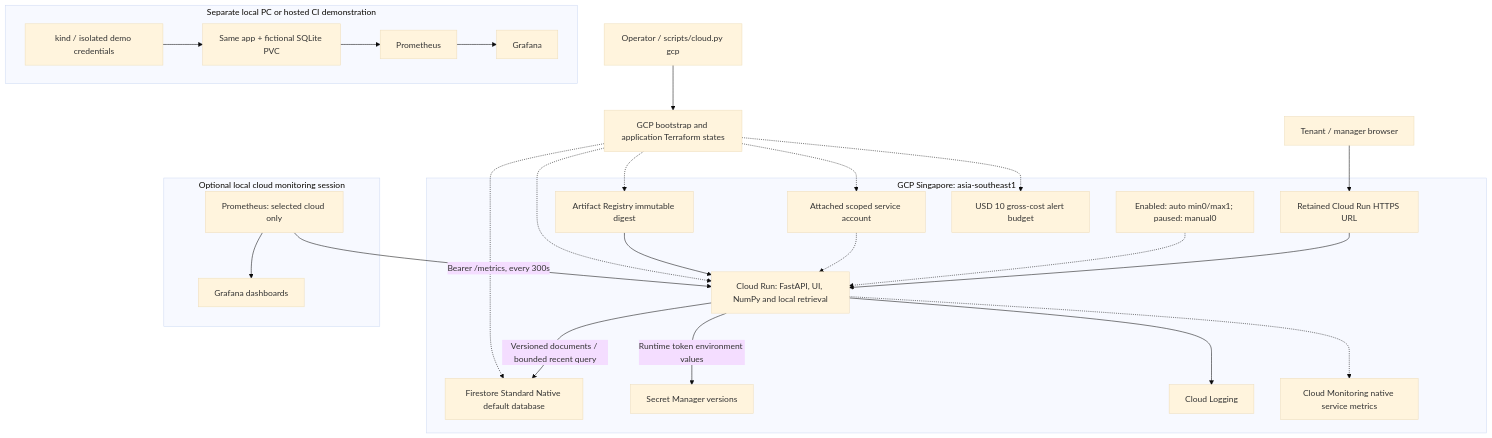
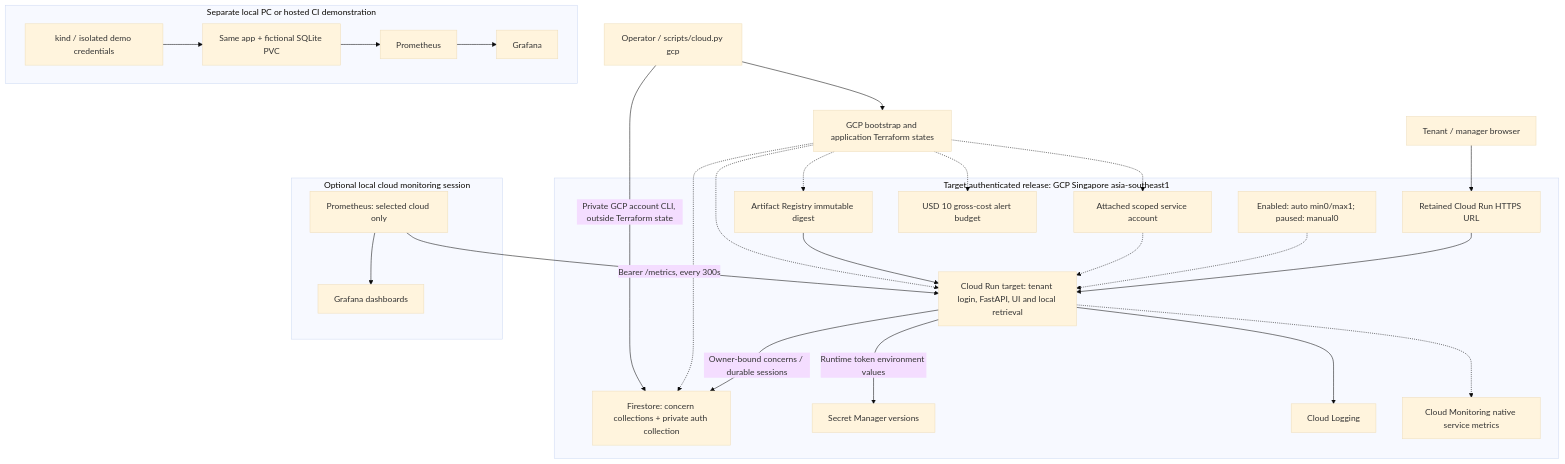
One commit to rishchaw/ticketpilot-apartments changed the diagram in docs/ARCHITECTURE_GCP.md. Above: the diagram before and after it, drawn with Mermaid (base theme). The commit also changed other lines of this file and 46 other files, not shown here.

First line of the commit message:
Require approved tenant logins and enforce private concern ownership

````diff
--- a/docs/ARCHITECTURE_GCP.md
+++ b/docs/ARCHITECTURE_GCP.md
@@ -5,29 +5,30 @@
 ```mermaid
 flowchart TB
     B["Tenant / manager browser"] --> URL["Retained Cloud Run HTTPS URL"]
-    subgraph GCP["GCP Singapore: asia-southeast1"]
-        URL --> APP["Cloud Run: FastAPI, UI, NumPy and local retrieval"]
+    subgraph GCP["Target authenticated release: GCP Singapore asia-southeast1"]
+        URL --> APP["Cloud Run target: tenant login, FastAPI, UI and local retrieval"]
         MODE["Enabled: auto min0/max1; paused: manual0"] -.-> APP
-        APP -->|"Versioned documents / bounded recent query"| DB["Firestore Standard Native default database"]
+        APP -->|"Owner-bound concerns / durable sessions"| DB["Firestore: concern collections + private auth collection"]
         APP -->|"Runtime token environment values"| SEC["Secret Manager versions"]
         SA["Attached scoped service account"] -.-> APP
         AR["Artifact Registry immutable digest"] --> APP
         APP --> LOG["Cloud Logging"]
         APP -.-> MET["Cloud Monitoring native service metrics"]
         BUD["USD 10 gross-cost alert budget"]
     end
     OP["Operator / scripts/cloud.py gcp"] --> TF["GCP bootstrap and application Terraform states"]
     TF -.-> AR
     TF -.-> APP
     TF -.-> DB
     TF -.-> SA
     TF -.-> BUD
+    OP -->|"Private GCP account CLI, outside Terraform state"| DB
     subgraph OBS["Optional local cloud monitoring session"]
         CP["Prometheus: selected cloud only"] --> CG["Grafana dashboards"]
         CP -->|"Bearer /metrics, every 300s"| APP
     end
     subgraph LOCAL["Separate local PC or hosted CI demonstration"]
         K["kind / isolated demo credentials"] --> DA["Same app + fictional SQLite PVC"]
         DA --> P["Prometheus"] --> G["Grafana"]
     end
 ```
````
